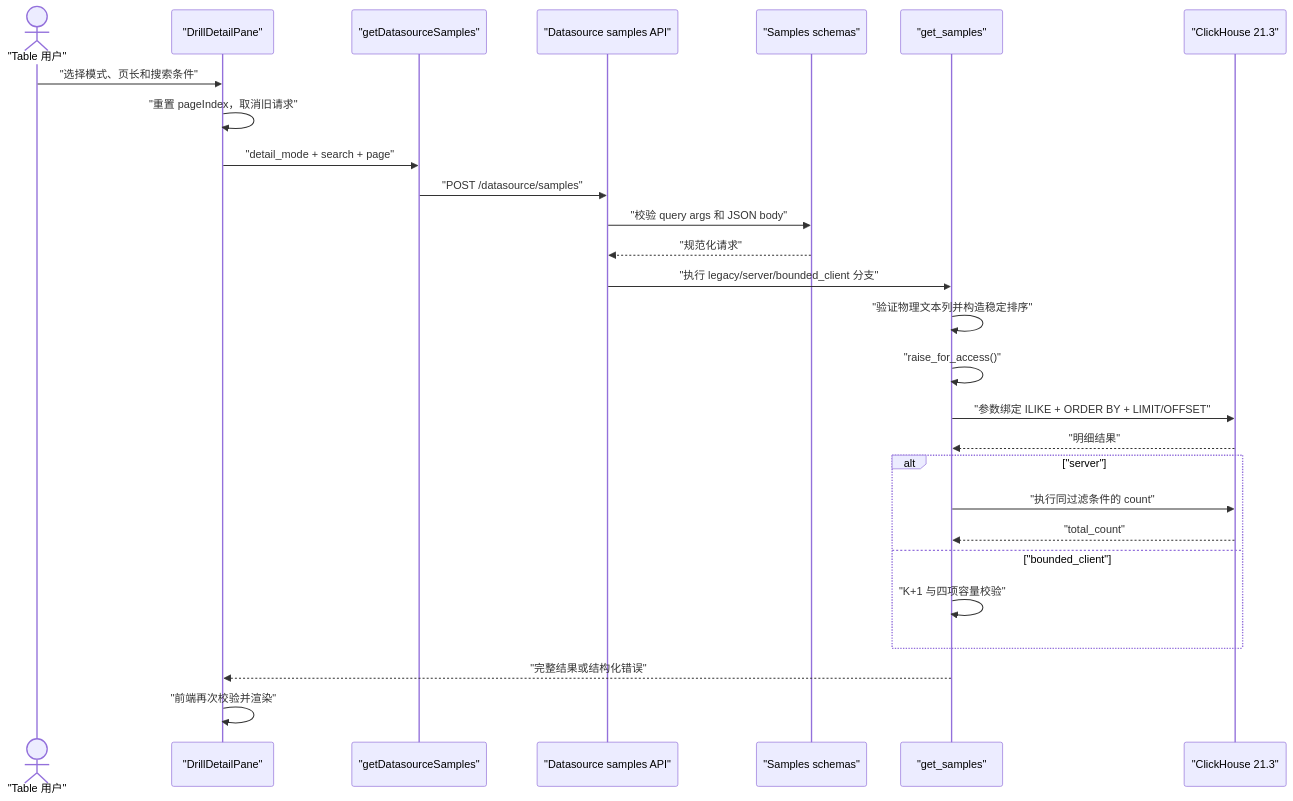
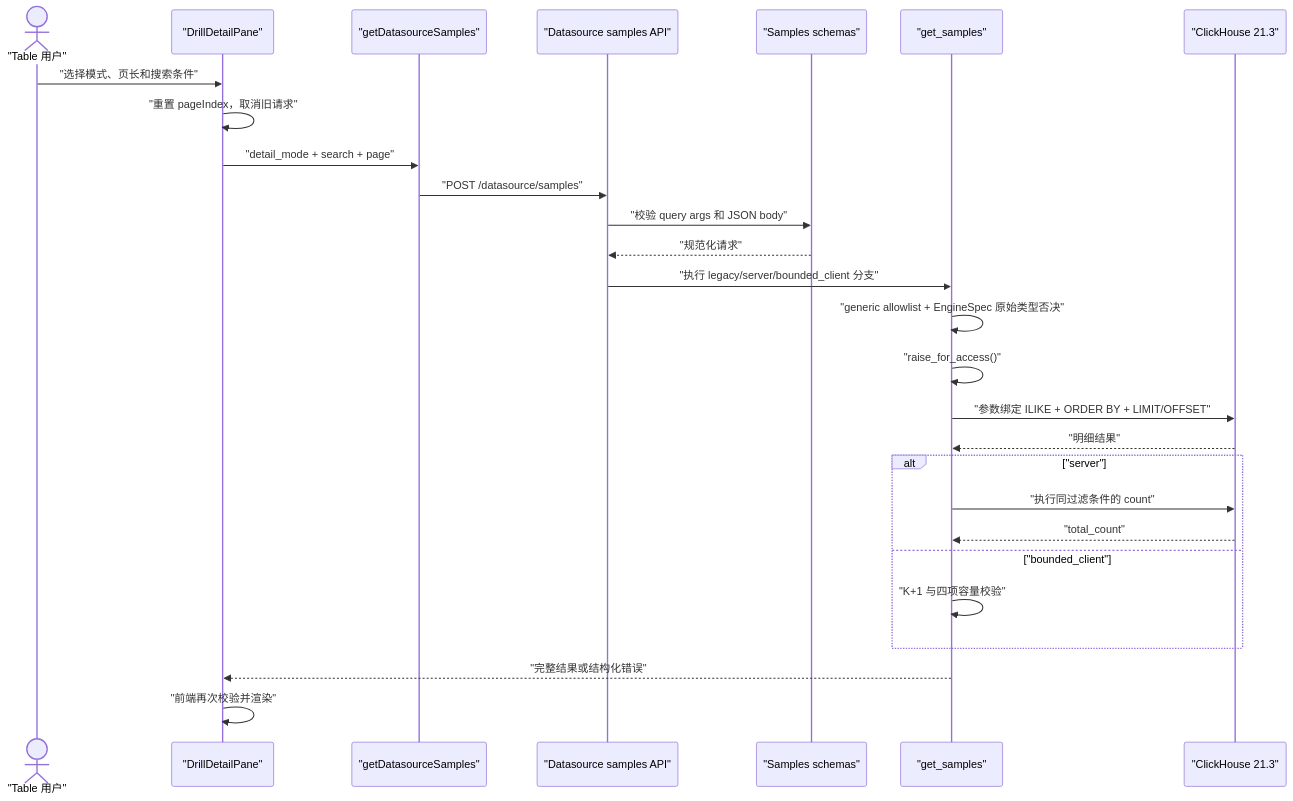
The second of 11 diagrams in docs/designs/superset-data-quality-bi-implementation-plan.md (Percy-m/superset), drawn with Mermaid before and after one commit. The commit also changed other lines of this file and 9 other files, not shown here.

````diff
--- a/docs/designs/superset-data-quality-bi-implementation-plan.md
+++ b/docs/designs/superset-data-quality-bi-implementation-plan.md
@@ -254,30 +258,30 @@
 ```mermaid
 sequenceDiagram
   actor User as "Table 用户"
   participant Pane as "DrillDetailPane"
   participant Action as "getDatasourceSamples"
   participant View as "Datasource samples API"
   participant Schema as "Samples schemas"
   participant Query as "get_samples"
   participant CH as "ClickHouse 21.3"
 
   User->>Pane: "选择模式、页长和搜索条件"
   Pane->>Pane: "重置 pageIndex，取消旧请求"
   Pane->>Action: "detail_mode + search + page"
   Action->>View: "POST /datasource/samples"
   View->>Schema: "校验 query args 和 JSON body"
   Schema-->>View: "规范化请求"
   View->>Query: "执行 legacy/server/bounded_client 分支"
-  Query->>Query: "验证物理文本列并构造稳定排序"
+  Query->>Query: "generic allowlist + EngineSpec 原始类型否决"
   Query->>Query: "raise_for_access()"
   Query->>CH: "参数绑定 ILIKE + ORDER BY + LIMIT/OFFSET"
   CH-->>Query: "明细结果"
   alt "server"
     Query->>CH: "执行同过滤条件的 count"
     CH-->>Query: "total_count"
   else "bounded_client"
     Query->>Query: "K+1 与四项容量校验"
   end
   Query-->>Pane: "完整结果或结构化错误"
   Pane->>Pane: "前端再次校验并渲染"
 ```
````
